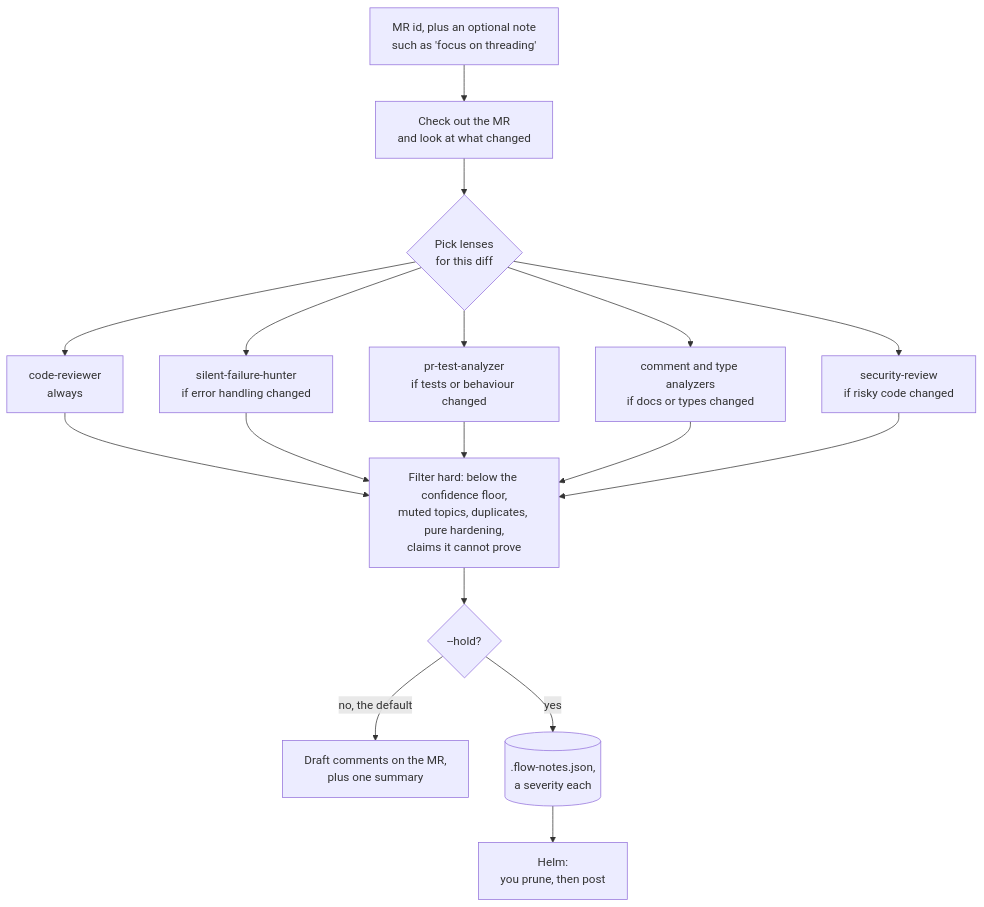
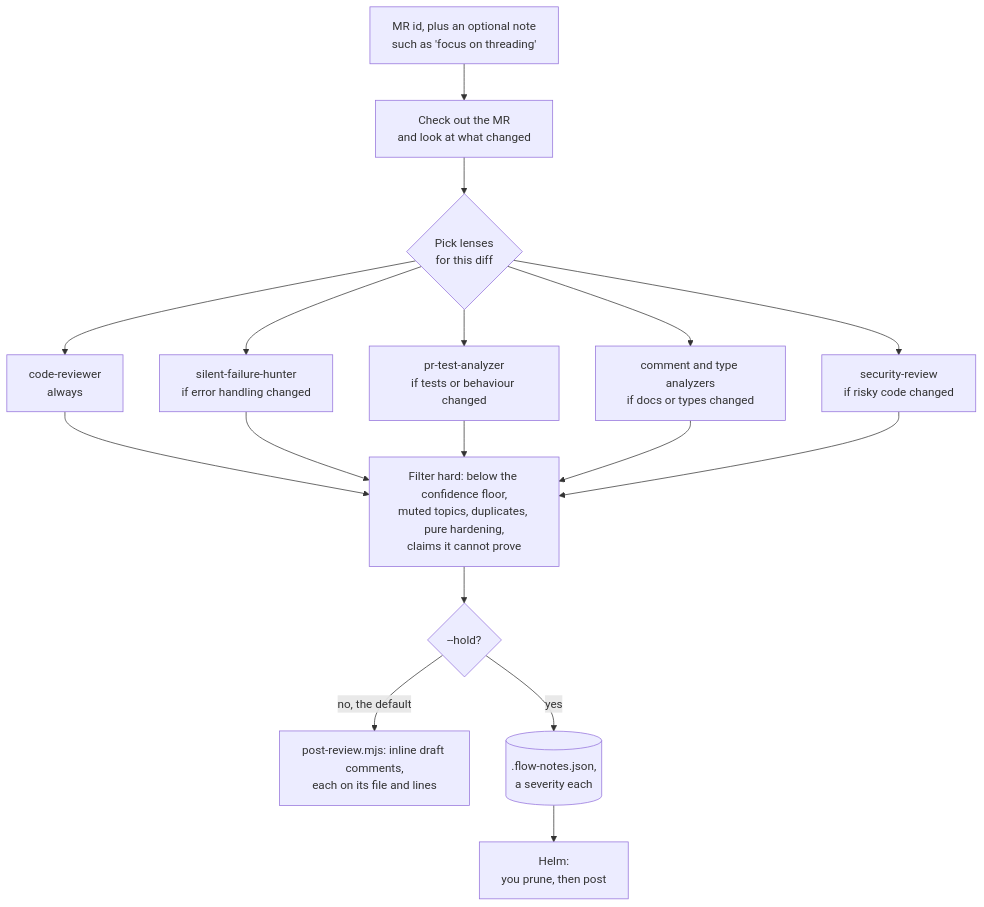
The fifth of 5 diagrams in README.md (MarkusVGJensen/flow), drawn with Mermaid before and after one commit. The commit also changed other lines of this file and 22 other files, not shown here.

First line of the commit message:
flow 0.7.0: an architect of its own, more agents in parallel, reviews that post inline and Helm submits

````diff
--- a/README.md
+++ b/README.md
@@ -545,15 +583,15 @@
 ```mermaid
 flowchart TD
   M["MR id, plus an optional note<br/>such as 'focus on threading'"] --> W["Check out the MR<br/>and look at what changed"]
   W --> S{"Pick lenses<br/>for this diff"}
   S --> L1["code-reviewer<br/>always"]
   S --> L2["silent-failure-hunter<br/>if error handling changed"]
   S --> L3["pr-test-analyzer<br/>if tests or behaviour changed"]
   S --> L4["comment and type analyzers<br/>if docs or types changed"]
   S --> L5["security-review<br/>if risky code changed"]
   L1 & L2 & L3 & L4 & L5 --> F["Filter hard: below the confidence floor,<br/>muted topics, duplicates, pure hardening,<br/>claims it cannot prove"]
   F --> D{"--hold?"}
-  D -- "no, the default" --> P["Draft comments on the MR,<br/>plus one summary"]
+  D -- "no, the default" --> P["post-review.mjs: inline draft comments,<br/>each on its file and lines"]
   D -- "yes" --> H[(".flow-notes.json,<br/>a severity each")]
   H --> FE["Helm:<br/>you prune, then post"]
 ```
````
